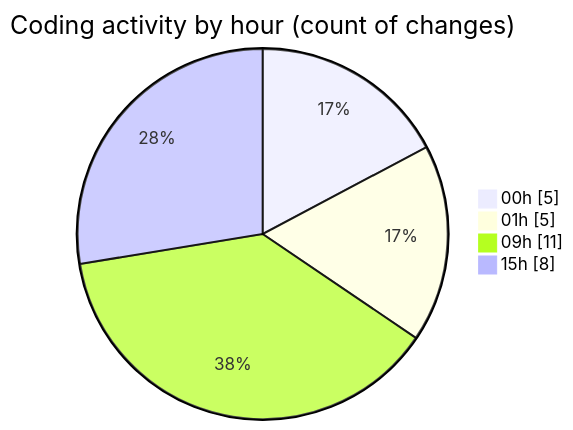
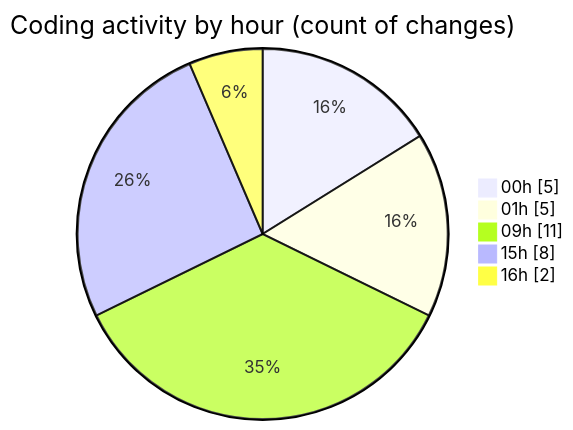
Before and after one commit to EIIisD/code-tracking: the second of 2 diagrams in 2025-07-12/ribbon/README.md, drawn with Mermaid. The commit also changed other lines of this file and 1 other file, not shown here.

````diff
--- a/2025-07-12/ribbon/README.md
+++ b/2025-07-12/ribbon/README.md
@@ -37,8 +38,9 @@
 ```mermaid
 pie showData
 title Coding activity by hour (count of changes)
 "00h" : 5
 "01h" : 5
 "09h" : 11
 "15h" : 8
+"16h" : 2
 ```
````
